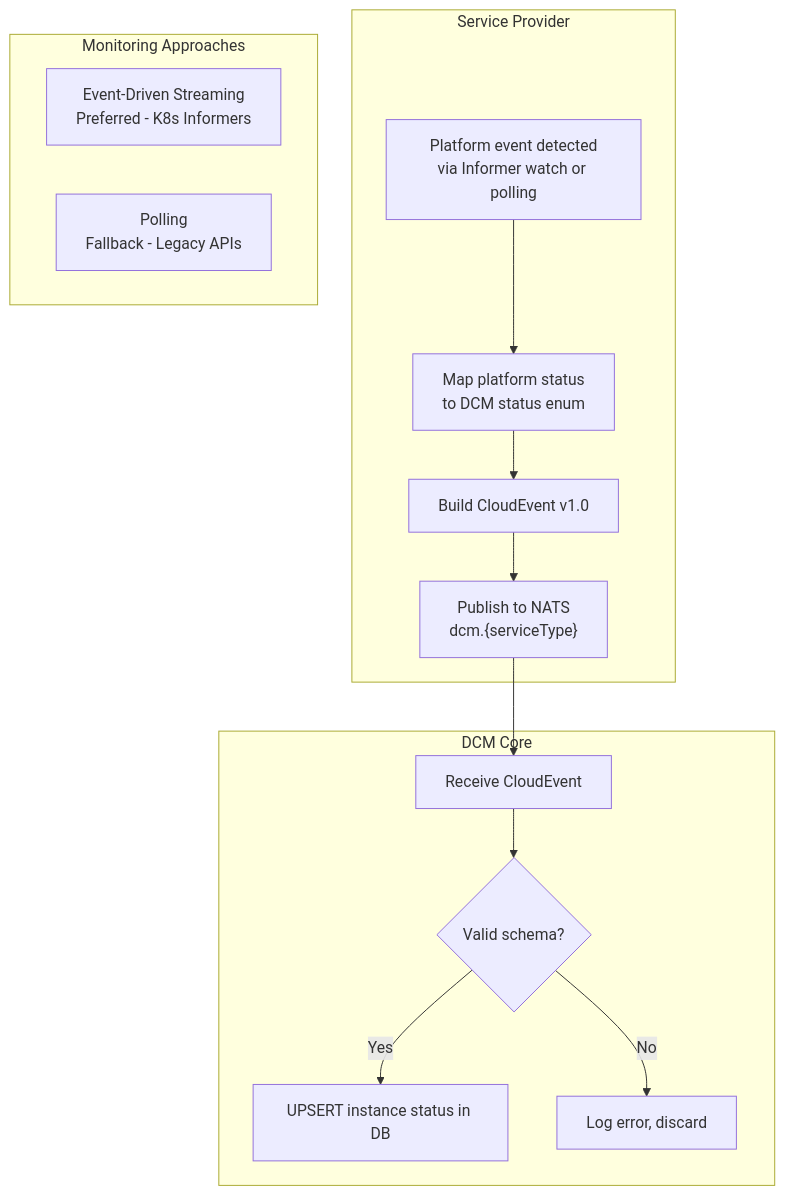
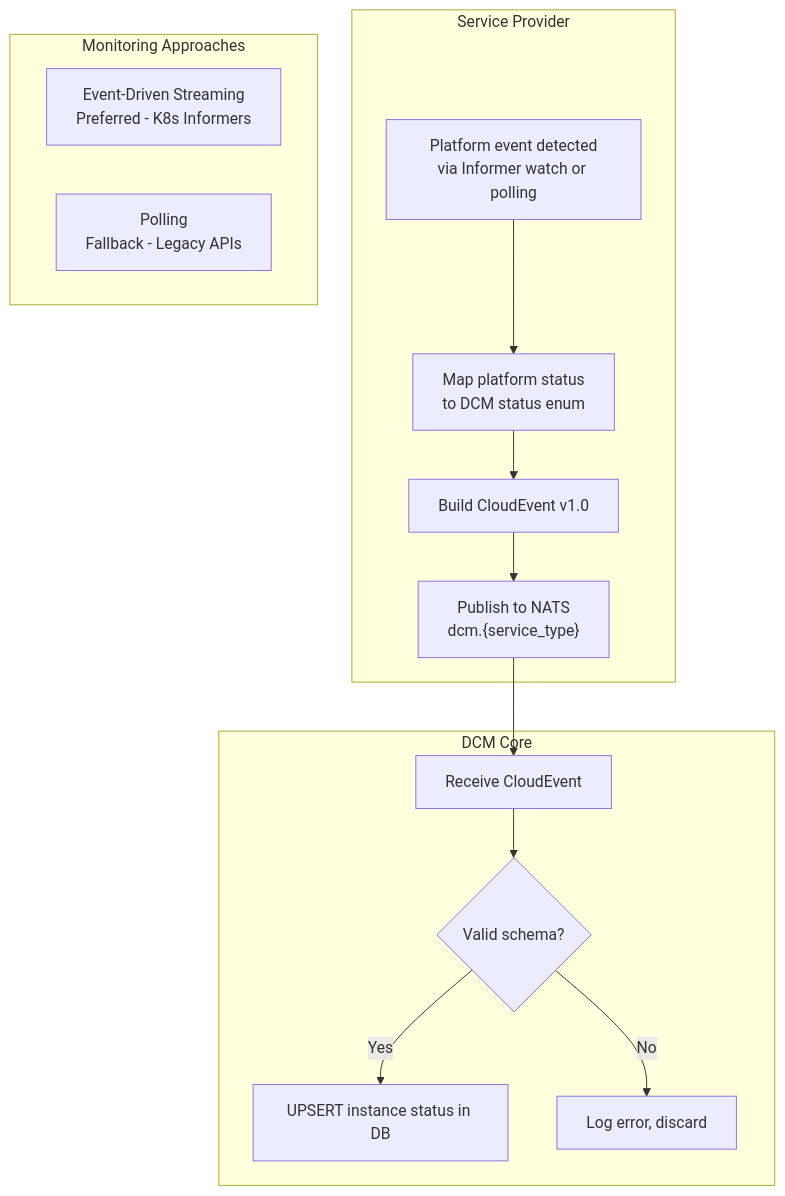
One commit to dcm-project/enhancements changed diagram 18 of 23 in enhancements/user-flows/user-flows.md. Above: the diagram before and after it, drawn with Mermaid. The commit also changed other lines of this file and 19 other files, not shown here.

````diff
--- a/enhancements/user-flows/user-flows.md
+++ b/enhancements/user-flows/user-flows.md
@@ -1014,21 +1014,21 @@
 ```mermaid
 flowchart TD
     subgraph Service Provider
         A[Platform event detected<br/>via Informer watch or polling]
         A --> B[Map platform status<br/>to DCM status enum]
         B --> C[Build CloudEvent v1.0]
-        C --> D["Publish to NATS<br/>dcm.{serviceType}"]
+        C --> D["Publish to NATS<br/>dcm.{service_type}"]
     end
 
     subgraph DCM Core
         D --> E[Receive CloudEvent]
         E --> F{Valid schema?}
         F -->|Yes| G[UPSERT instance status in DB]
         F -->|No| H[Log error, discard]
     end
 
     subgraph Monitoring Approaches
         I[Event-Driven Streaming<br/>Preferred - K8s Informers]
         J[Polling<br/>Fallback - Legacy APIs]
     end
 ```
````
